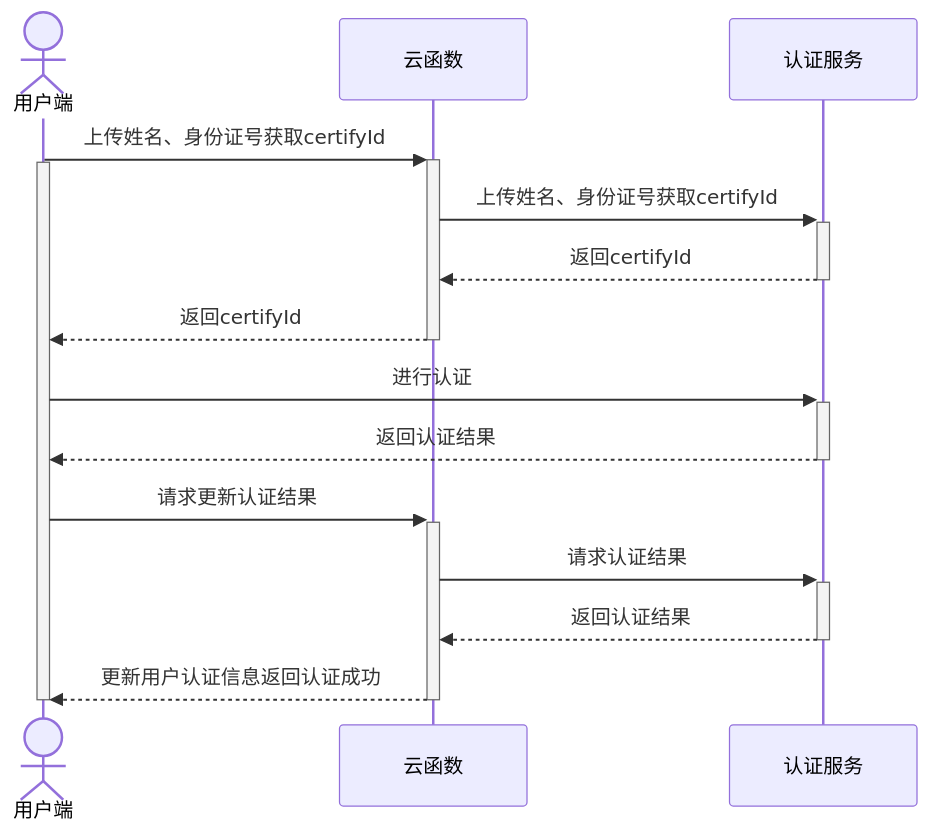
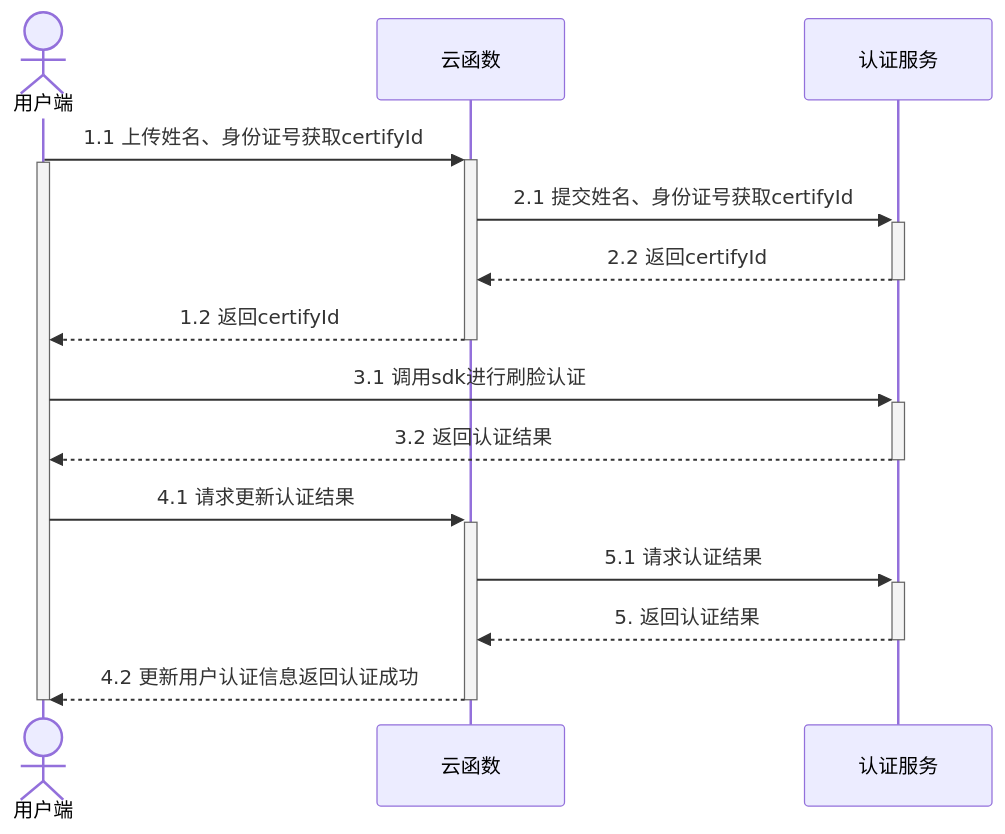
Before and after one commit to dcloudio/unidocs-zh: the diagram in docs/uniCloud/frv/dev.md, drawn with Mermaid. The commit also changed other lines of this file, not shown here.

````diff
--- a/docs/uniCloud/frv/dev.md
+++ b/docs/uniCloud/frv/dev.md
@@ -7,18 +9,18 @@
 ```mermaid
 sequenceDiagram
   actor user as 用户端
   participant cf as 云函数
   participant service as 认证服务
-  user->>+cf: 上传姓名、身份证号获取certifyId
+  user->>+cf: 1.1 上传姓名、身份证号获取certifyId
   activate user
-  cf->>+service: 上传姓名、身份证号获取certifyId
-  service-->>-cf: 返回certifyId
-  cf-->>-user: 返回certifyId
-  user->>+service: 进行认证
-  service-->>-user: 返回认证结果
-  user->>+cf: 请求更新认证结果
-  cf->>+service: 请求认证结果
-  service-->>-cf: 返回认证结果
-  cf-->>-user: 更新用户认证信息返回认证成功
+  cf->>+service: 2.1 提交姓名、身份证号获取certifyId
+  service-->>-cf: 2.2 返回certifyId
+  cf-->>-user: 1.2 返回certifyId
+  user->>+service: 3.1 调用sdk进行刷脸认证
+  service-->>-user: 3.2 返回认证结果
+  user->>+cf: 4.1 请求更新认证结果
+  cf->>+service: 5.1 请求认证结果
+  service-->>-cf: 5. 返回认证结果
+  cf-->>-user: 4.2 更新用户认证信息返回认证成功
   deactivate user
 ```
````
